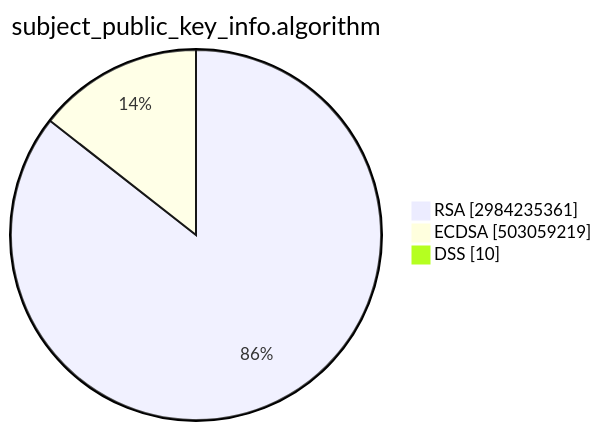
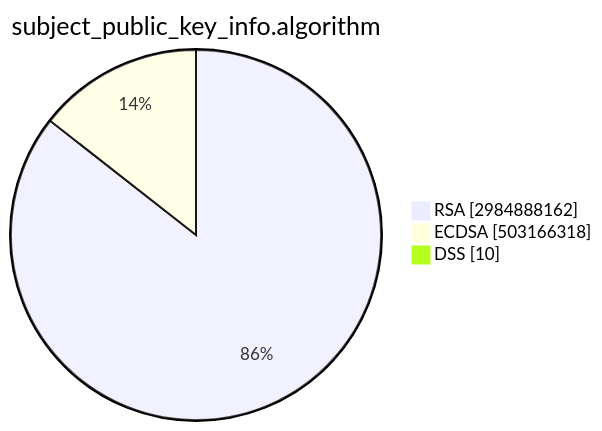
The second of 15 diagrams in TOTAL/README.md (christiankrug/ctmonitor_visualization), drawn with Mermaid before and after one commit. The commit also changed other lines of this file, not shown here.

````diff
--- a/TOTAL/README.md
+++ b/TOTAL/README.md
@@ -6,7 +6,7 @@
 ```mermaid
 pie showData
 title subject_public_key_info.algorithm
-"RSA" :2984235361
-"ECDSA" :503059219
+"RSA" :2984888162
+"ECDSA" :503166318
 "DSS" :10
 ```
````
